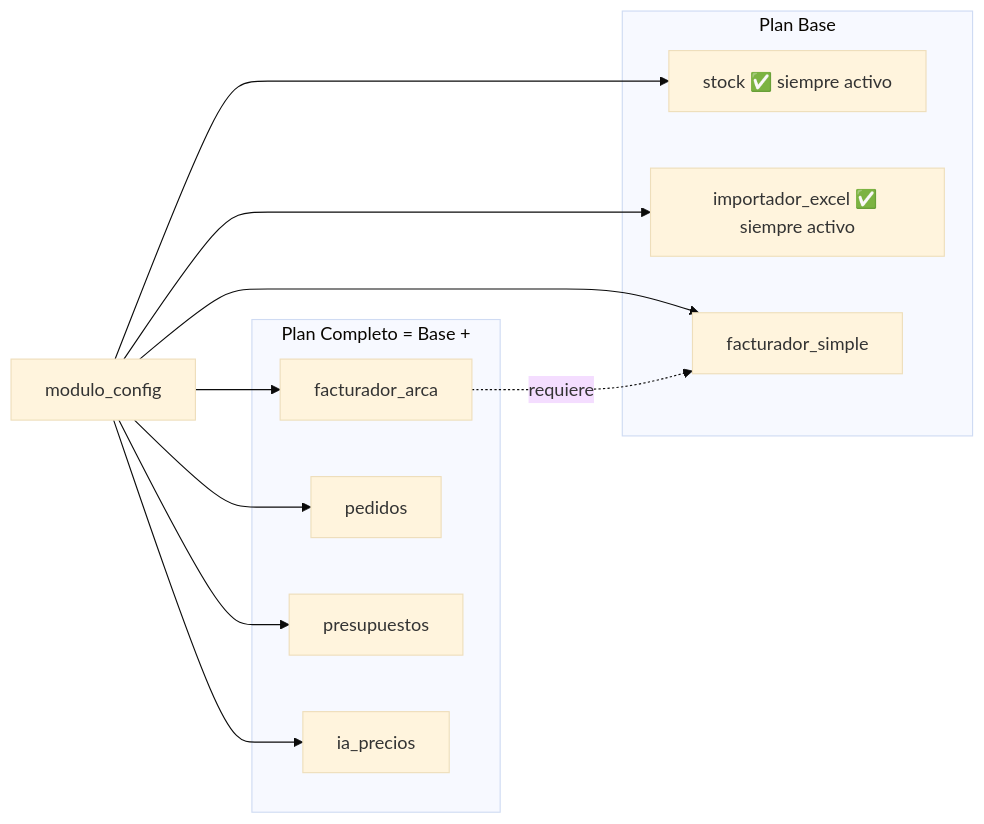
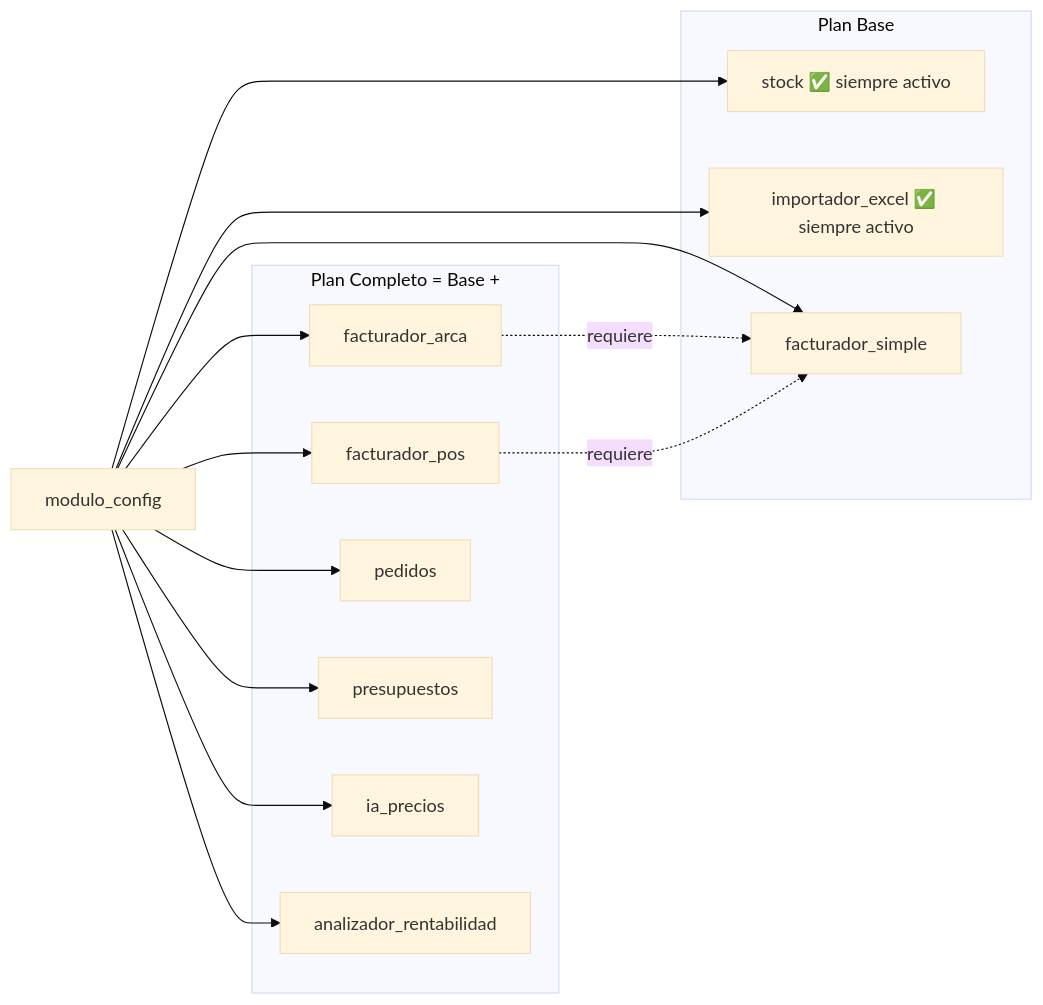
The first of 3 diagrams in docs/modulos.md (nicoalonsodev/smartstock), drawn with Mermaid (base theme) before and after one commit. The commit also changed other lines of this file and 200 other files, not shown here.

````diff
--- a/docs/modulos.md
+++ b/docs/modulos.md
@@ -13,25 +13,30 @@
 ```mermaid
 graph LR
     subgraph Plan_Base["Plan Base"]
         A[stock ✅ siempre activo]
         B[importador_excel ✅ siempre activo]
         C[facturador_simple]
     end
 
     subgraph Plan_Completo["Plan Completo = Base +"]
         D[facturador_arca]
+        D2[facturador_pos]
         E[pedidos]
         F[presupuestos]
         G[ia_precios]
+        G2[analizador_rentabilidad]
     end
 
     H[modulo_config] --> A
     H --> B
     H --> C
     H --> D
+    H --> D2
     H --> E
     H --> F
     H --> G
+    H --> G2
 
     D -.->|requiere| C
+    D2 -.->|requiere| C
 ```
````
